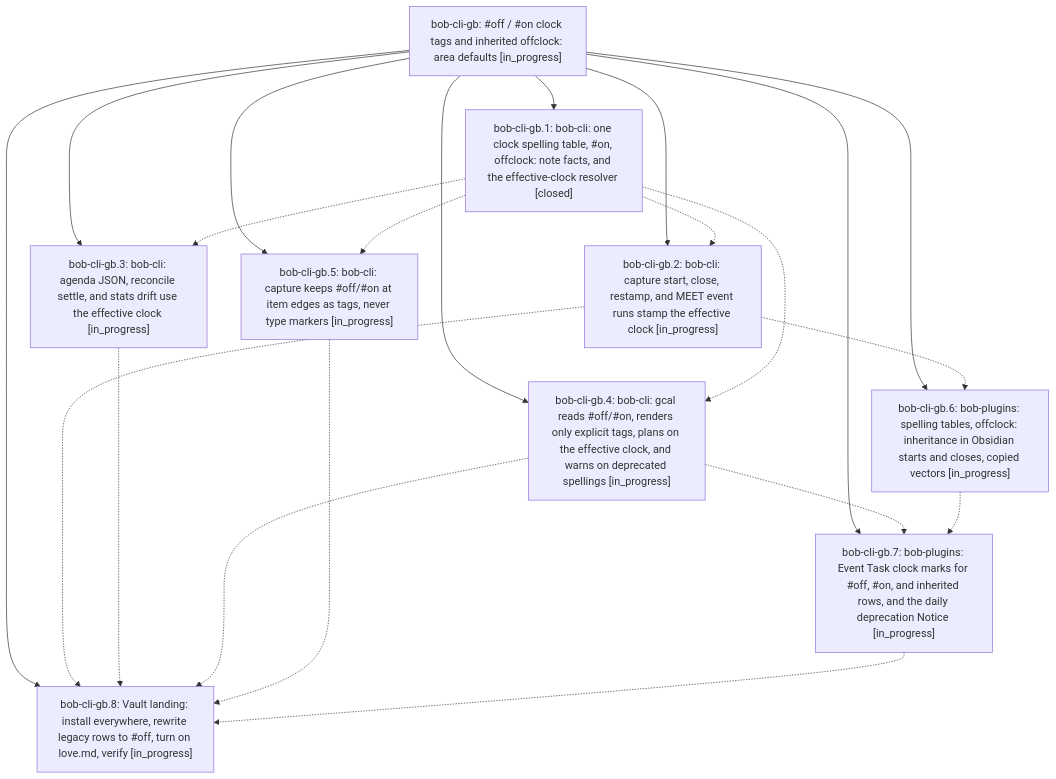
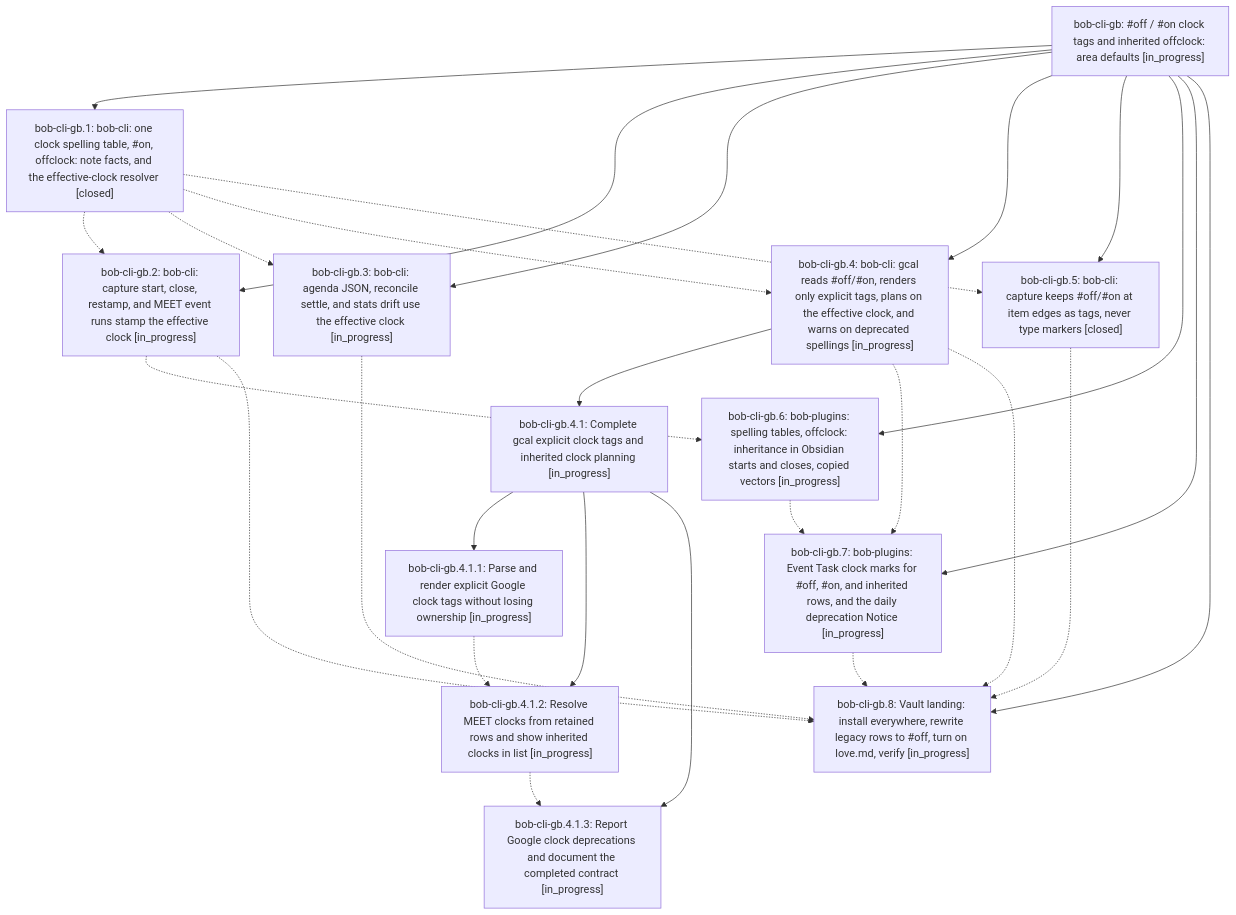
The diagram in pages/bob-cli-gb/README.md (bobs-org/bob-cli--beads), drawn with Mermaid before and after one commit. The commit also changed other lines of this file and 10 other files, not shown here.

First line of the commit message:
chore(beads): sync bead state and pages for bob-cli-gb

````diff
--- a/pages/bob-cli-gb/README.md
+++ b/pages/bob-cli-gb/README.md
@@ -41,32 +41,42 @@
 ```mermaid
 flowchart TD
     n0["bob-cli-gb: #off / #on clock tags and inherited offclock: area defaults [in_progress]"]
     n1["bob-cli-gb.1: bob-cli: one clock spelling table, #on, offclock: note facts, and the effective-clock resolver [closed]"]
     n2["bob-cli-gb.2: bob-cli: capture start, close, restamp, and MEET event runs stamp the effective clock [in_progress]"]
     n3["bob-cli-gb.3: bob-cli: agenda JSON, reconcile settle, and stats drift use the effective clock [in_progress]"]
     n4["bob-cli-gb.4: bob-cli: gcal reads #off/#on, renders only explicit tags, plans on the effective clock, and warns on deprecated spellings [in_progress]"]
-    n5["bob-cli-gb.5: bob-cli: capture keeps #off/#on at item edges as tags, never type markers [in_progress]"]
-    n6["bob-cli-gb.6: bob-plugins: spelling tables, offclock: inheritance in Obsidian starts and closes, copied vectors [in_progress]"]
-    n7["bob-cli-gb.7: bob-plugins: Event Task clock marks for #off, #on, and inherited rows, and the daily deprecation Notice [in_progress]"]
-    n8["bob-cli-gb.8: Vault landing: install everywhere, rewrite legacy rows to #off, turn on love.md, verify [in_progress]"]
+    n5["bob-cli-gb.4.1: Complete gcal explicit clock tags and inherited clock planning [in_progress]"]
+    n6["bob-cli-gb.4.1.1: Parse and render explicit Google clock tags without losing ownership [in_progress]"]
+    n7["bob-cli-gb.4.1.2: Resolve MEET clocks from retained rows and show inherited clocks in list [in_progress]"]
+    n8["bob-cli-gb.4.1.3: Report Google clock deprecations and document the completed contract [in_progress]"]
+    n9["bob-cli-gb.5: bob-cli: capture keeps #off/#on at item edges as tags, never type markers [closed]"]
+    n10["bob-cli-gb.6: bob-plugins: spelling tables, offclock: inheritance in Obsidian starts and closes, copied vectors [in_progress]"]
+    n11["bob-cli-gb.7: bob-plugins: Event Task clock marks for #off, #on, and inherited rows, and the daily deprecation Notice [in_progress]"]
+    n12["bob-cli-gb.8: Vault landing: install everywhere, rewrite legacy rows to #off, turn on love.md, verify [in_progress]"]
     n0 --> n1
     n0 --> n2
     n0 --> n3
     n0 --> n4
-    n0 --> n5
-    n0 --> n6
-    n0 --> n7
-    n0 --> n8
+    n4 --> n5
+    n5 --> n6
+    n5 --> n7
+    n5 --> n8
+    n0 --> n9
+    n0 --> n10
+    n0 --> n11
+    n0 --> n12
     n1 -.-> n2
     n1 -.-> n3
     n1 -.-> n4
-    n1 -.-> n5
-    n2 -.-> n6
-    n2 -.-> n8
-    n3 -.-> n8
-    n4 -.-> n7
-    n4 -.-> n8
-    n5 -.-> n8
+    n1 -.-> n9
+    n2 -.-> n10
+    n2 -.-> n12
+    n3 -.-> n12
+    n4 -.-> n11
+    n4 -.-> n12
     n6 -.-> n7
     n7 -.-> n8
+    n9 -.-> n12
+    n10 -.-> n11
+    n11 -.-> n12
 ```
````
